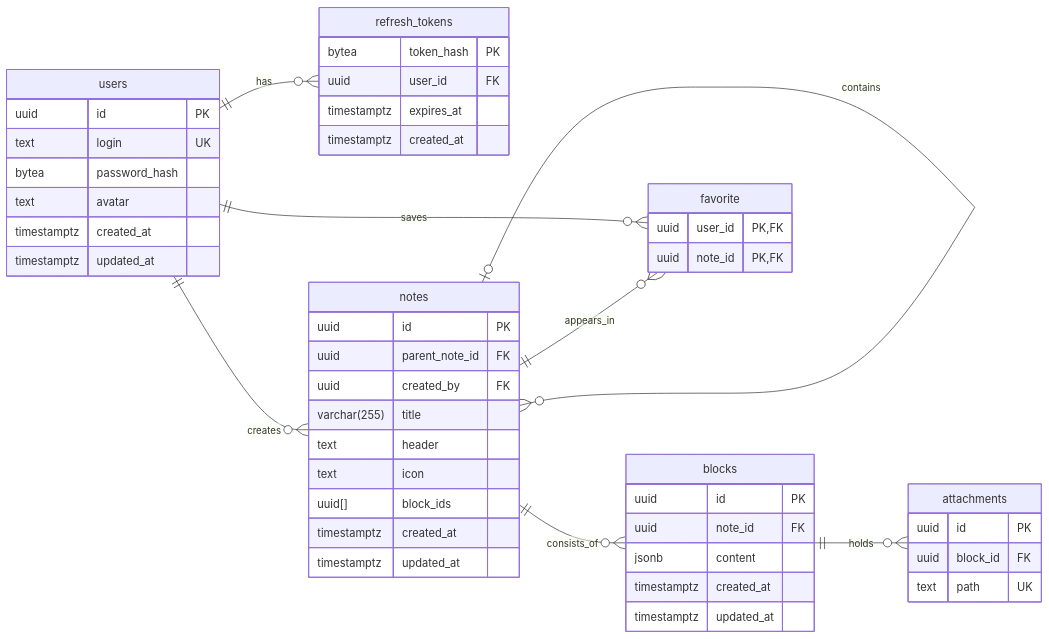
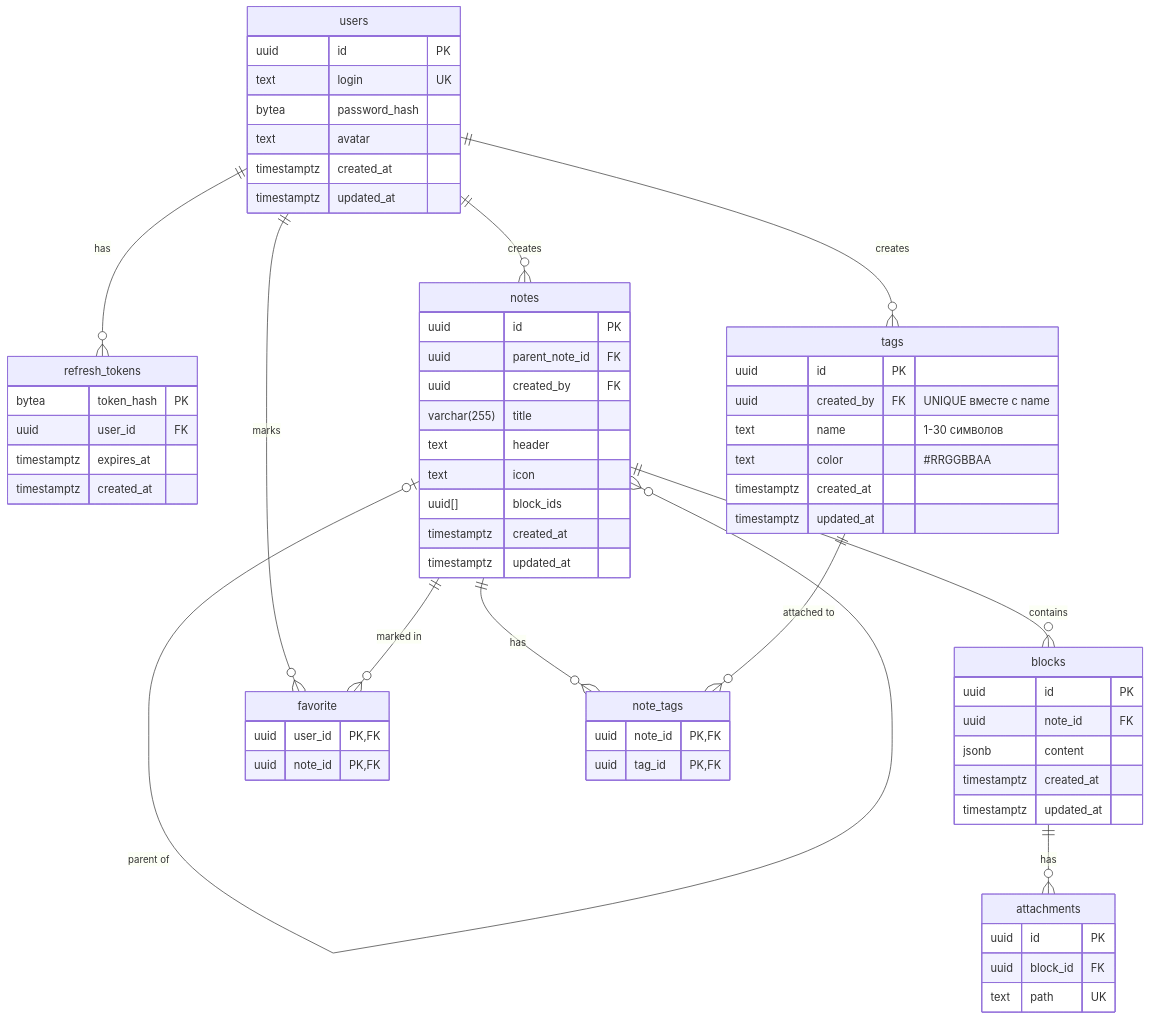
The diagram in README.md (go-park-mail-ru/2026_2_BNN), drawn with Mermaid before and after one commit. The commit also changed other lines of this file and 14 other files, not shown here.

````diff
--- a/README.md
+++ b/README.md
@@ -80,59 +80,74 @@
 ```mermaid
 erDiagram
-    direction LR
-
     users {
         uuid id PK
         text login UK
         bytea password_hash
         text avatar
         timestamptz created_at
         timestamptz updated_at
     }
 
     refresh_tokens {
         bytea token_hash PK
         uuid user_id FK
         timestamptz expires_at
         timestamptz created_at
     }
 
     notes {
         uuid id PK
         uuid parent_note_id FK
         uuid created_by FK
         varchar(255) title
         text header
         text icon
         uuid[] block_ids
         timestamptz created_at
         timestamptz updated_at
     }
 
     blocks {
         uuid id PK
         uuid note_id FK
         jsonb content
         timestamptz created_at
         timestamptz updated_at
     }
 
     attachments {
         uuid id PK
         uuid block_id FK
         text path UK
     }
 
     favorite {
         uuid user_id PK, FK
         uuid note_id PK, FK
     }
 
-    users ||--o{ refresh_tokens : has
-    users ||--o{ notes : creates
-    notes o|--o{ notes : contains
-    notes ||--o{ blocks : consists_of
-    blocks ||--o{ attachments : holds
-    users ||--o{ favorite : saves
-    notes ||--o{ favorite : appears_in
+    tags {
+        uuid id PK
+        uuid created_by FK "UNIQUE вместе с name"
+        text name "1-30 символов"
+        text color "#RRGGBBAA"
+        timestamptz created_at
+        timestamptz updated_at
+    }
+
+    note_tags {
+        uuid note_id PK, FK
+        uuid tag_id PK, FK
+    }
+
+    users ||--o{ refresh_tokens : "has"
+    users ||--o{ notes : "creates"
+    notes |o--o{ notes : "parent of"
+    notes ||--o{ blocks : "contains"
+    blocks ||--o{ attachments : "has"
+    users ||--o{ favorite : "marks"
+    notes ||--o{ favorite : "marked in"
+    users ||--o{ tags : "creates"
+    notes ||--o{ note_tags : "has"
+    tags ||--o{ note_tags : "attached to"
 ```
````
